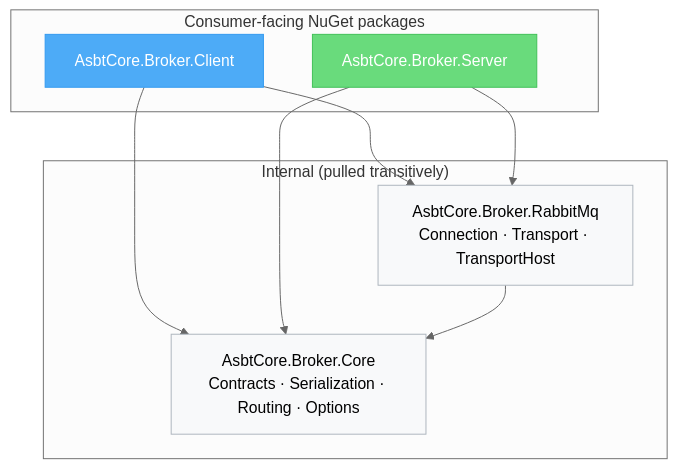
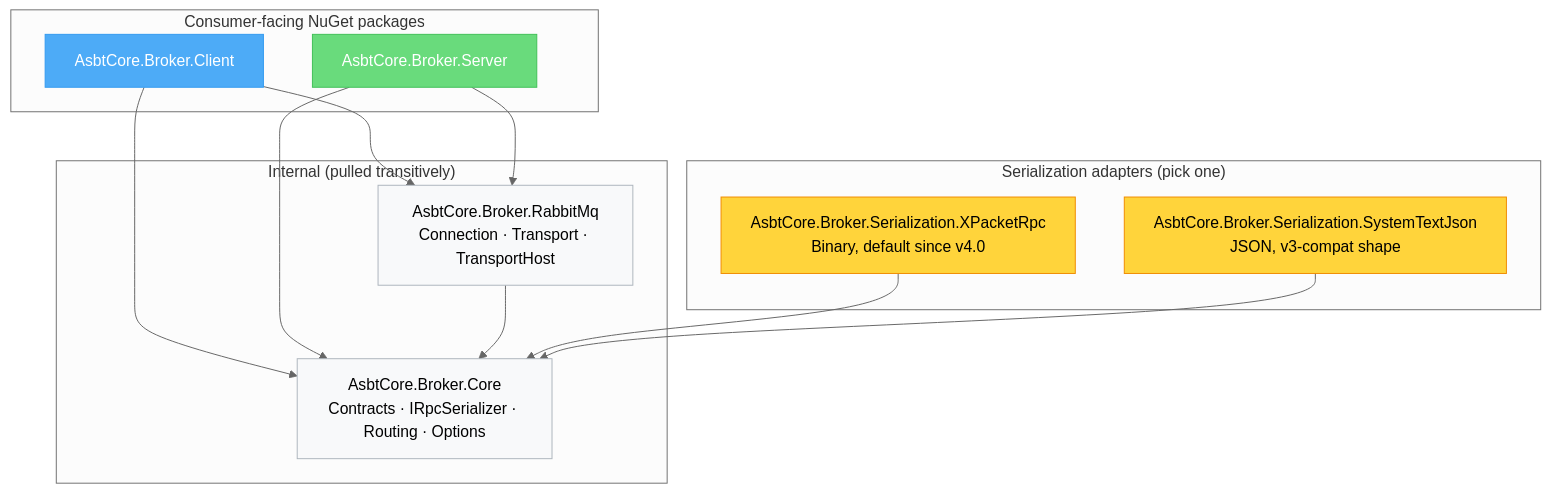
The first of 6 diagrams in README.md (Sardor557/RabbitMq.RPC), drawn with Mermaid (neutral theme) before and after one commit. The commit also changed other lines of this file and 11 other files, not shown here.

````diff
--- a/README.md
+++ b/README.md
@@ -31,22 +31,30 @@
 ```mermaid
 graph TD
     subgraph public["Consumer-facing NuGet packages"]
         CLIENT["AsbtCore.Broker.Client"]
         SERVER["AsbtCore.Broker.Server"]
     end
+    subgraph adapters["Serialization adapters (pick one)"]
+        XPRPC["AsbtCore.Broker.Serialization.XPacketRpc\nBinary, default since v4.0"]
+        STJ["AsbtCore.Broker.Serialization.SystemTextJson\nJSON, v3-compat shape"]
+    end
     subgraph internal["Internal (pulled transitively)"]
-        CORE["AsbtCore.Broker.Core\nContracts · Serialization · Routing · Options"]
+        CORE["AsbtCore.Broker.Core\nContracts · IRpcSerializer · Routing · Options"]
         RMQ["AsbtCore.Broker.RabbitMq\nConnection · Transport · TransportHost"]
     end
 
     CLIENT --> CORE
     CLIENT --> RMQ
     SERVER --> CORE
     SERVER --> RMQ
     RMQ    --> CORE
+    XPRPC  --> CORE
+    STJ    --> CORE
 
     style CLIENT fill:#4dabf7,color:#fff,stroke:#339af0
     style SERVER fill:#69db7c,color:#fff,stroke:#40c057
+    style XPRPC  fill:#ffd43b,stroke:#f08c00
+    style STJ    fill:#ffd43b,stroke:#f08c00
     style CORE   fill:#f8f9fa,stroke:#adb5bd
     style RMQ    fill:#f8f9fa,stroke:#adb5bd
 ```
````
